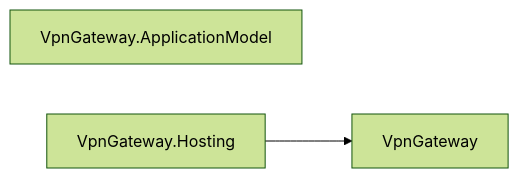
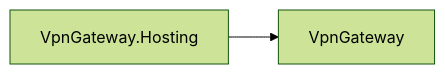
Before and after one commit to assimalign/cohesion: diagram 27 of 27 in docs/DEPENDENCIES.md, drawn with Mermaid (forest theme). The commit also changed other lines of this file and 441 other files, not shown here.

````diff
--- a/docs/DEPENDENCIES.md
+++ b/docs/DEPENDENCIES.md
@@ -969,7 +930,6 @@
 ```mermaid
 flowchart LR
     N0["VpnGateway"]
-    N1["VpnGateway.ApplicationModel"]
-    N2["VpnGateway.Hosting"]
-    N2 --> N0
+    N1["VpnGateway.Hosting"]
+    N1 --> N0
 ```
````
